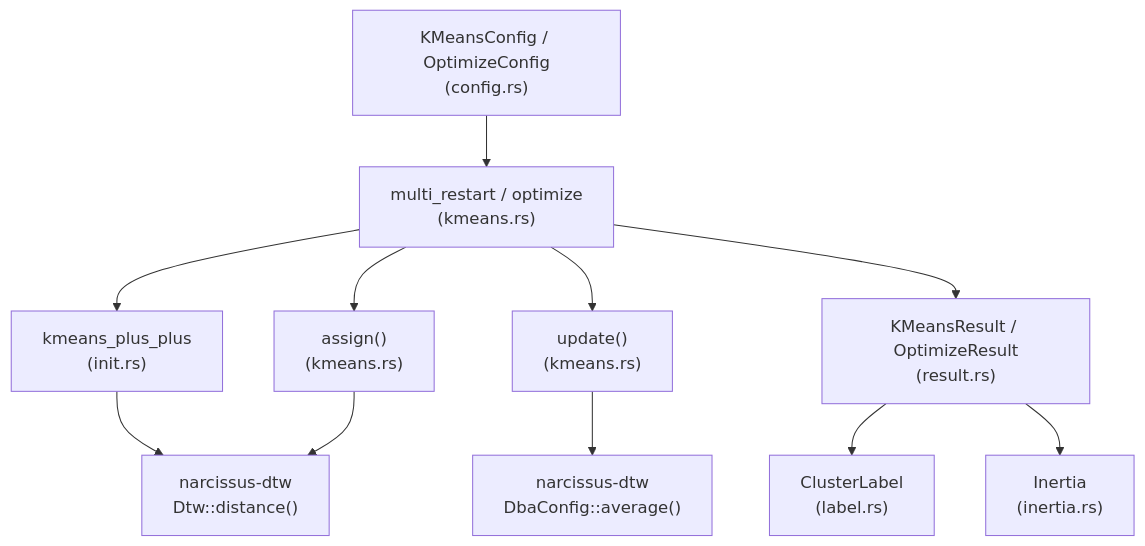
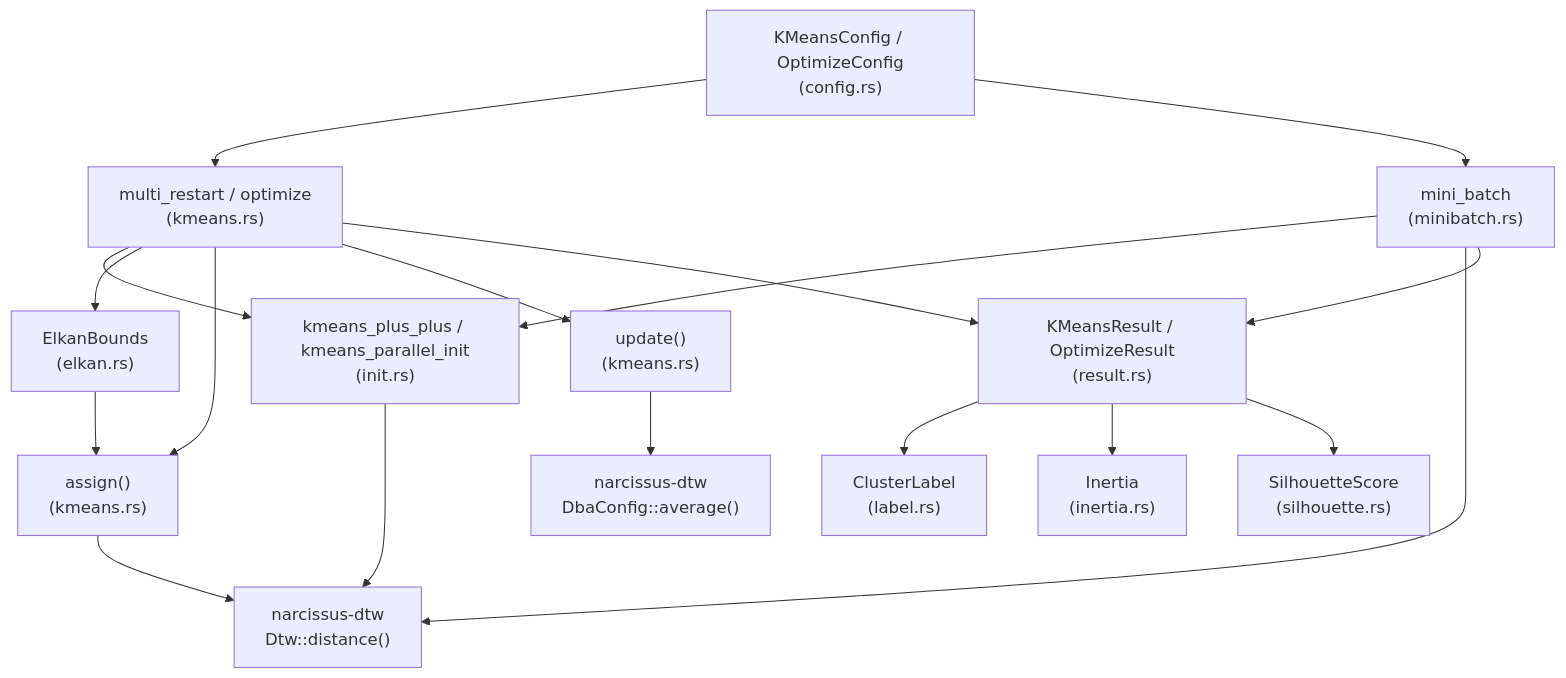
Before and after one commit to CooperBigFoot/narcissus: the diagram in crates/narcissus-cluster/README.md, drawn with Mermaid. The commit also changed other lines of this file and 6 other files, not shown here.

````diff
--- a/crates/narcissus-cluster/README.md
+++ b/crates/narcissus-cluster/README.md
@@ -16,13 +22,20 @@
 ```mermaid
 graph TD
     A["KMeansConfig / OptimizeConfig\n(config.rs)"] --> B["multi_restart / optimize\n(kmeans.rs)"]
-    B --> C["kmeans_plus_plus\n(init.rs)"]
+    A --> MB["mini_batch\n(minibatch.rs)"]
+    B --> C["kmeans_plus_plus / kmeans_parallel_init\n(init.rs)"]
+    B --> EL["ElkanBounds\n(elkan.rs)"]
     B --> D["assign()\n(kmeans.rs)"]
     B --> E["update()\n(kmeans.rs)"]
+    EL --> D
     C --> F["narcissus-dtw\nDtw::distance()"]
     D --> F
     E --> G["narcissus-dtw\nDbaConfig::average()"]
+    MB --> C
+    MB --> F
     B --> H["KMeansResult / OptimizeResult\n(result.rs)"]
+    MB --> H
     H --> I["ClusterLabel\n(label.rs)"]
     H --> J["Inertia\n(inertia.rs)"]
+    H --> SIL["SilhouetteScore\n(silhouette.rs)"]
 ```
````
